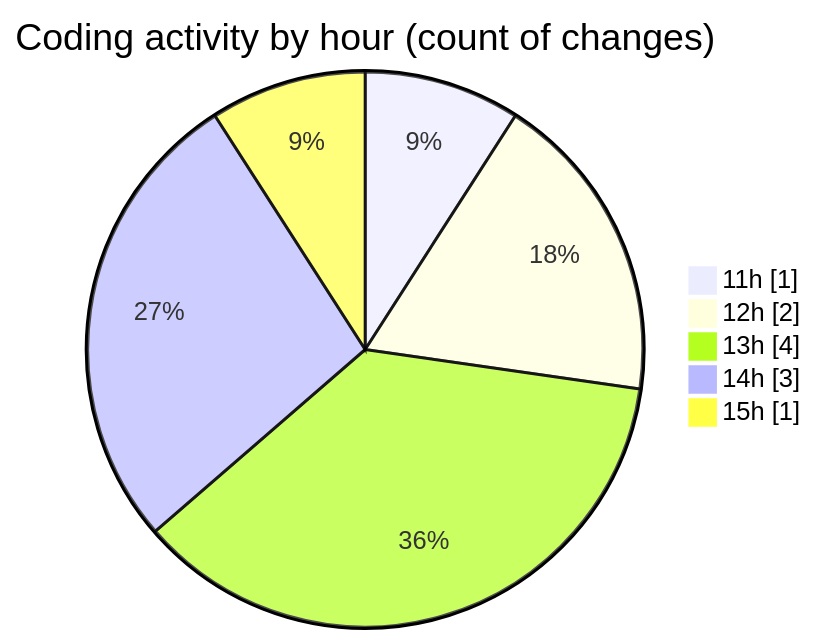
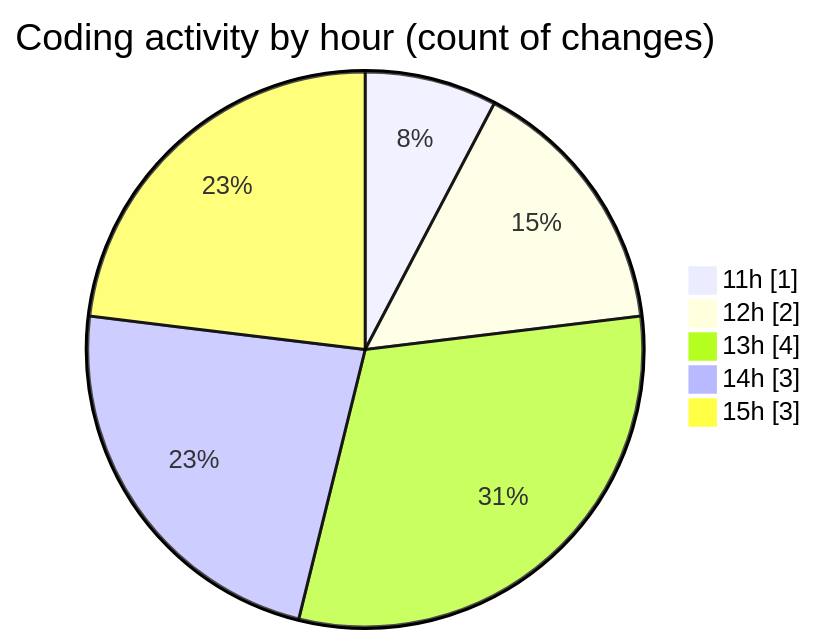
Before and after one commit to Ritupan-Deka/code-tracking: the second of 2 diagrams in 2025-07-18/urlwebwala_intership_work/README.md, drawn with Mermaid. The commit also changed other lines of this file and 1 other file, not shown here.

````diff
--- a/2025-07-18/urlwebwala_intership_work/README.md
+++ b/2025-07-18/urlwebwala_intership_work/README.md
@@ -29,9 +29,9 @@
 ```mermaid
 pie showData
 title Coding activity by hour (count of changes)
 "11h" : 1
 "12h" : 2
 "13h" : 4
 "14h" : 3
-"15h" : 1
+"15h" : 3
 ```
````
